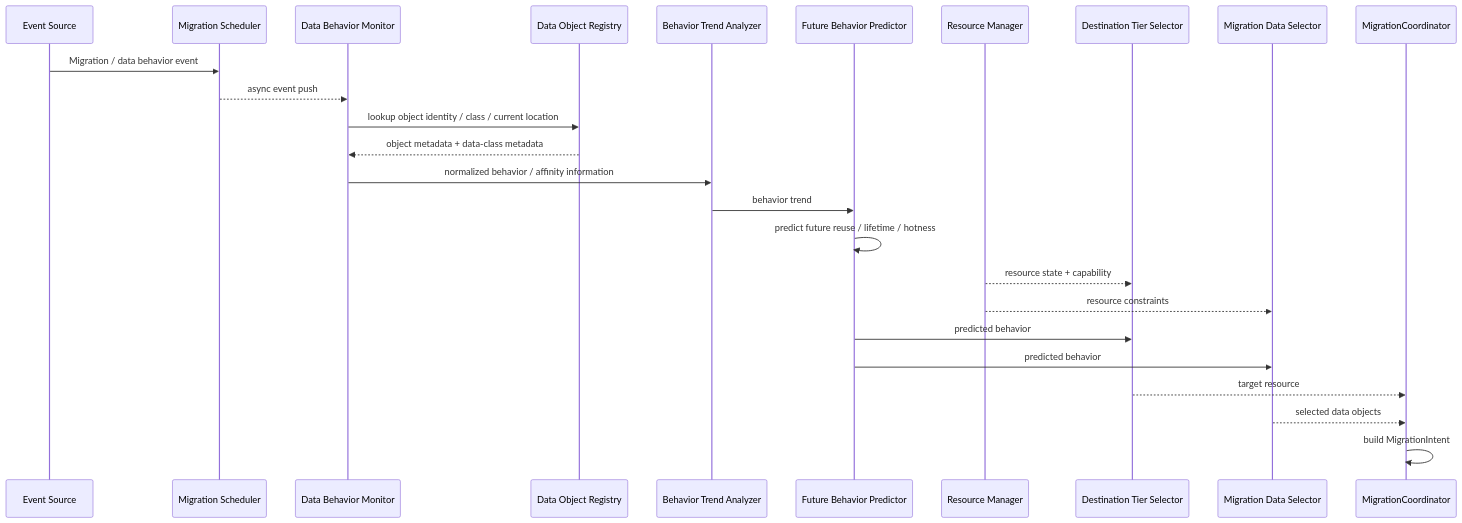
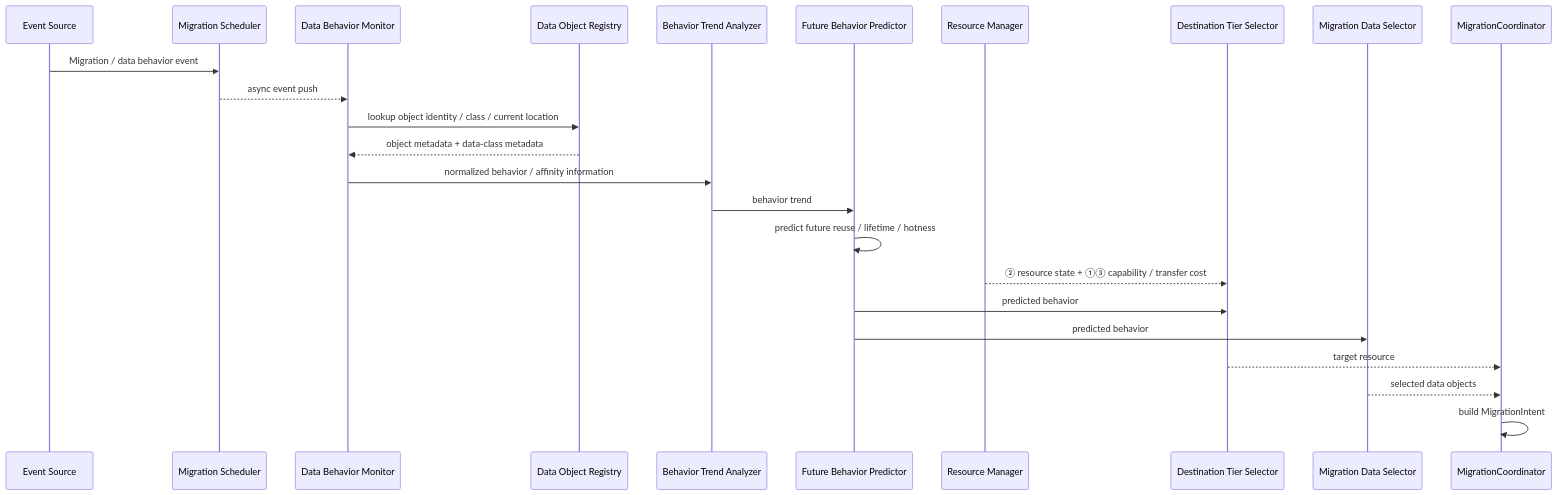
Before and after one commit to mkim0628/vllm: the fourth of 4 diagrams in doc-mk/DP1/dp1-ai-data-migration-decision-architecture.md, drawn with Mermaid. The commit also changed other lines of this file, not shown here.

First line of the commit message:
DP1 doc: align C1/C2 module descriptions and diagrams with slides (Resource Manager links only RSM and DTS)

```diff
--- a/doc-mk/DP1/dp1-ai-data-migration-decision-architecture.md
+++ b/doc-mk/DP1/dp1-ai-data-migration-decision-architecture.md
@@ -1587,33 +1603,32 @@
 ~~~mermaid
 sequenceDiagram
     participant E as Event Source
     participant MS as Migration Scheduler
     participant DBM as Data Behavior Monitor
     participant DOR as Data Object Registry
     participant BTA as Behavior Trend Analyzer
     participant FBP as Future Behavior Predictor
     participant RM as Resource Manager
     participant DTS as Destination Tier Selector
     participant MDS as Migration Data Selector
     participant MC as MigrationCoordinator
 
     E->>MS: Migration / data behavior event
     MS-->>DBM: async event push
 
     DBM->>DOR: lookup object identity / class / current location
     DOR-->>DBM: object metadata + data-class metadata
 
     DBM->>BTA: normalized behavior / affinity information
     BTA->>FBP: behavior trend
     FBP->>FBP: predict future reuse / lifetime / hotness
 
-    RM-->>DTS: resource state + capability
-    RM-->>MDS: resource constraints
+    RM-->>DTS: ② resource state + ①③ capability / transfer cost
 
     FBP->>DTS: predicted behavior
     FBP->>MDS: predicted behavior
 
     DTS-->>MC: target resource
     MDS-->>MC: selected data objects
     MC->>MC: build MigrationIntent
 ~~~
```
